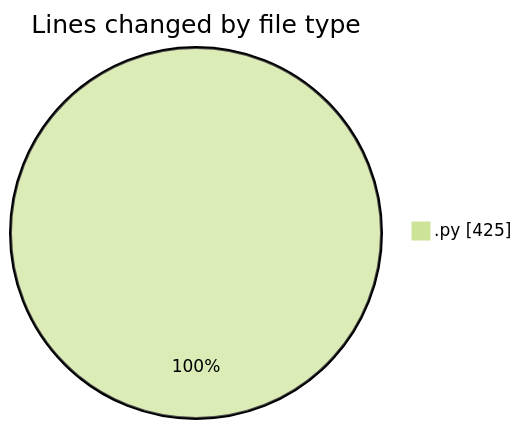
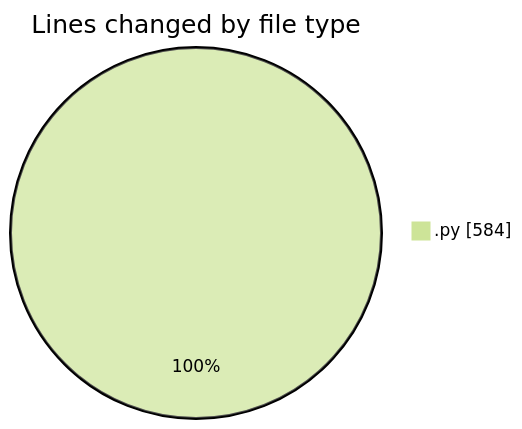
Before and after one commit to EIIisD/code-tracking: the first of 2 diagrams in 2025-07-28/refunds/README.md, drawn with Mermaid (forest theme). The commit also changed other lines of this file and 1 other file, not shown here.

````diff
--- a/2025-07-28/refunds/README.md
+++ b/2025-07-28/refunds/README.md
@@ -20,5 +20,5 @@
 ```mermaid
 pie showData
 title Lines changed by file type
-".py" : 425
+".py" : 584
 ```
````
